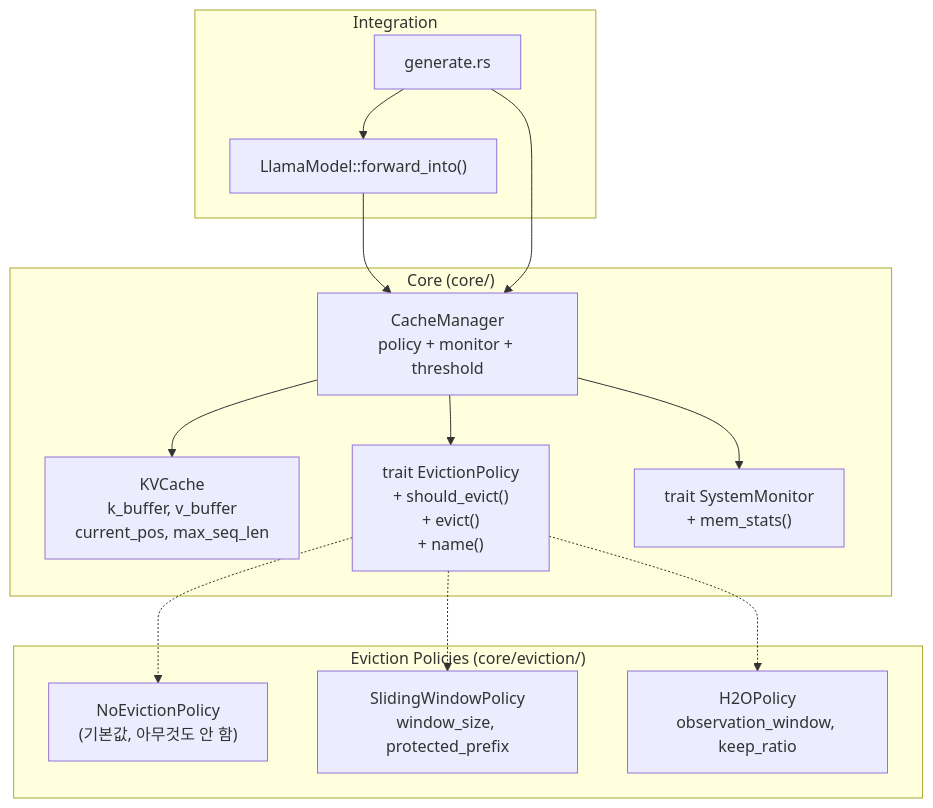
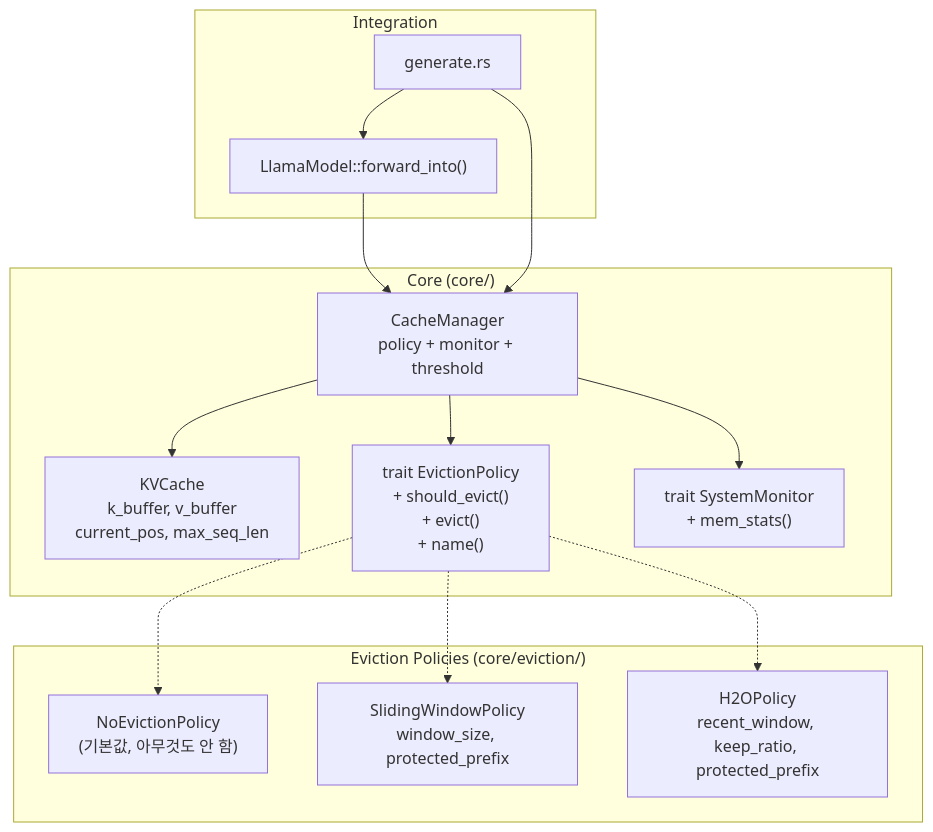
One commit to hedone21/llm_rs2 changed the first of 2 diagrams in docs/11_kv_cache_management.md. Above: the diagram before and after it, drawn with Mermaid. The commit also changed other lines of this file and 4 other files, not shown here.

First line of the commit message:
feat(eviction): implement H2O 3-partition model with recent window protection

````diff
--- a/docs/11_kv_cache_management.md
+++ b/docs/11_kv_cache_management.md
@@ -20,32 +20,32 @@
 ```mermaid
 graph TB
     subgraph "Core (core/)"
         KVCache["KVCache<br/>k_buffer, v_buffer<br/>current_pos, max_seq_len"]
         EvictionPolicy["trait EvictionPolicy<br/>+ should_evict()<br/>+ evict()<br/>+ name()"]
         CacheManager["CacheManager<br/>policy + monitor + threshold"]
         SystemMonitor["trait SystemMonitor<br/>+ mem_stats()"]
     end
 
     subgraph "Eviction Policies (core/eviction/)"
         NoEviction["NoEvictionPolicy<br/>(기본값, 아무것도 안 함)"]
         SlidingWindow["SlidingWindowPolicy<br/>window_size, protected_prefix"]
-        H2O["H2OPolicy<br/>observation_window, keep_ratio"]
+        H2O["H2OPolicy<br/>recent_window, keep_ratio, protected_prefix"]
     end
 
     subgraph "Integration"
         LlamaModel["LlamaModel::forward_into()"]
         GenerateBin["generate.rs"]
     end
 
     CacheManager --> EvictionPolicy
     CacheManager --> SystemMonitor
     CacheManager --> KVCache
 
     EvictionPolicy -.-> NoEviction
     EvictionPolicy -.-> SlidingWindow
     EvictionPolicy -.-> H2O
 
     LlamaModel --> CacheManager
     GenerateBin --> CacheManager
     GenerateBin --> LlamaModel
 ```
````
